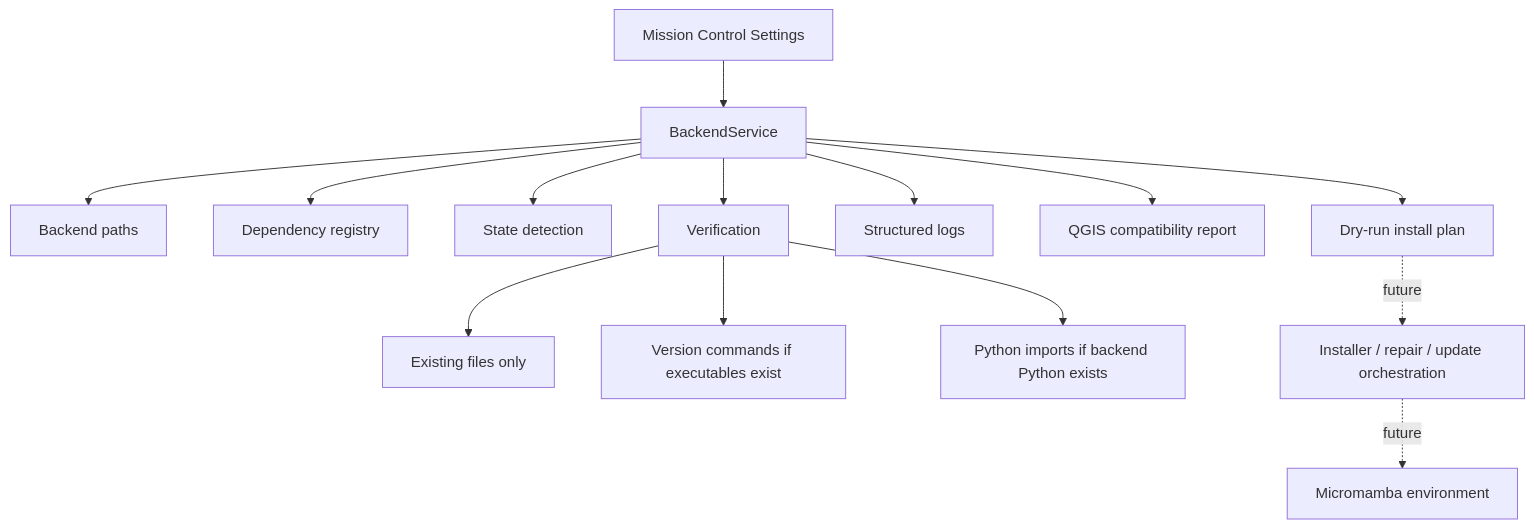
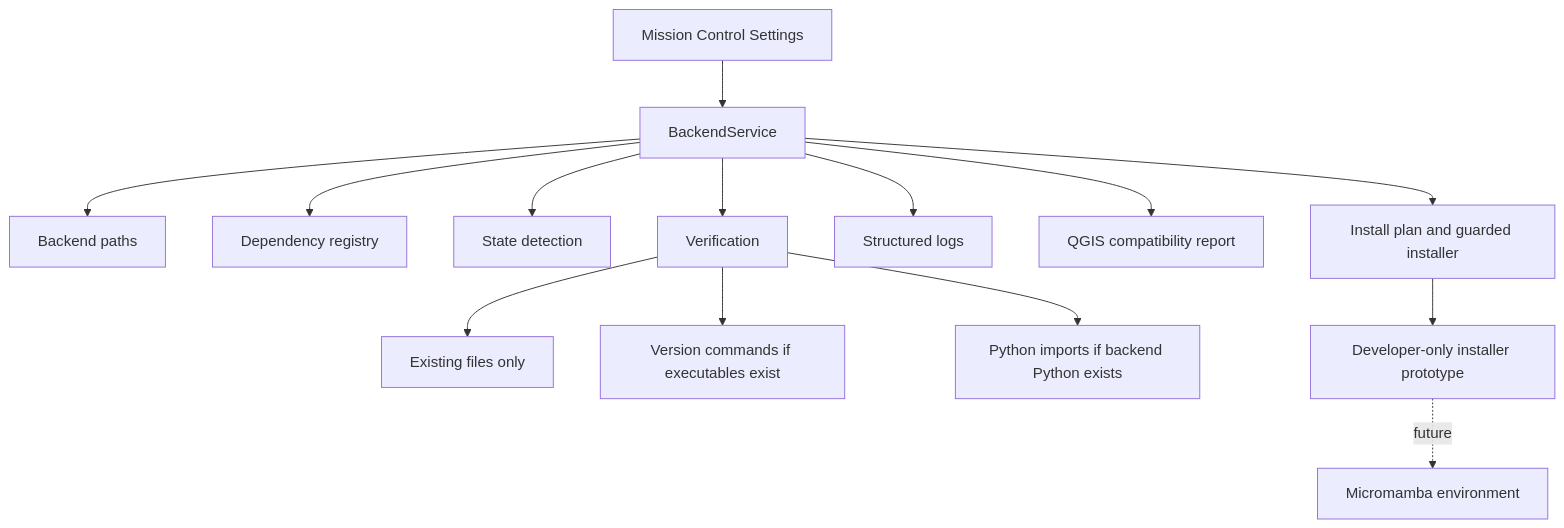
The diagram in docs/backend/PBM_ARCHITECTURE.md (sticholas/pyforestscan-qgis), drawn with Mermaid before and after one commit. The commit also changed other lines of this file and 41 other files, not shown here.

Commit message:
Phase 22C: Add PBM controlled installer prototype

````diff
--- a/docs/backend/PBM_ARCHITECTURE.md
+++ b/docs/backend/PBM_ARCHITECTURE.md
@@ -25,16 +25,16 @@
 ```mermaid
 flowchart TD
     A["Mission Control Settings"] --> B["BackendService"]
     B --> C["Backend paths"]
     B --> D["Dependency registry"]
     B --> E["State detection"]
     B --> F["Verification"]
     B --> G["Structured logs"]
     B --> M["QGIS compatibility report"]
-    B --> N["Dry-run install plan"]
+    B --> N["Install plan and guarded installer"]
     F --> H["Existing files only"]
     F --> I["Version commands if executables exist"]
     F --> J["Python imports if backend Python exists"]
-    N -."future".-> K["Installer / repair / update orchestration"]
+    N --> K["Developer-only installer prototype"]
     K -."future".-> L["Micromamba environment"]
 ```
````
